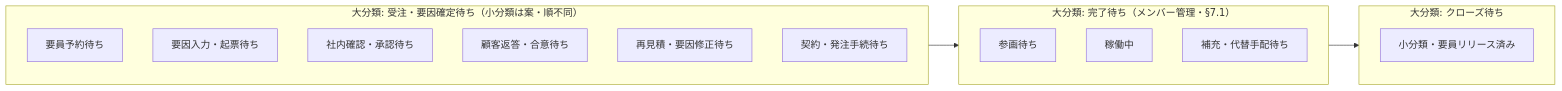
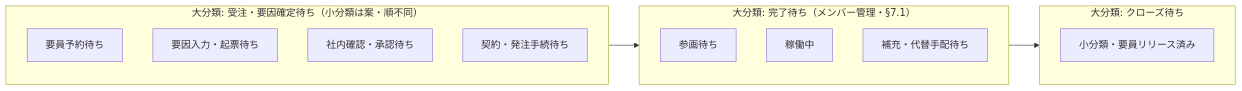
One commit to keisuke-ota-adc/AutoAssignAgent changed the diagram in docs/project-status.md. Above: the diagram before and after it, drawn with Mermaid. The commit also changed other lines of this file and 4 other files, not shown here.

````diff
--- a/docs/project-status.md
+++ b/docs/project-status.md
@@ -30,23 +30,21 @@
 ```mermaid
 flowchart LR
   subgraph p1["大分類: 受注・要因確定待ち（小分類は案・順不同）"]
     direction TB
     p1a[要員予約待ち]
     p1b[要因入力・起票待ち]
     p1c[社内確認・承認待ち]
-    p1d[顧客返答・合意待ち]
-    p1e[再見積・要因修正待ち]
-    p1f[契約・発注手続待ち]
+    p1d[契約・発注手続待ち]
   end
   subgraph p2["大分類: 完了待ち（メンバー管理・§7.1）"]
     direction TB
     p2a[参画待ち]
     p2b[稼働中]
     p2c[補充・代替手配待ち]
   end
   subgraph p3["大分類: クローズ待ち"]
     direction TB
     p3l2[小分類・要員リリース済み]
   end
   p1 --> p2 --> p3
 ```
````
